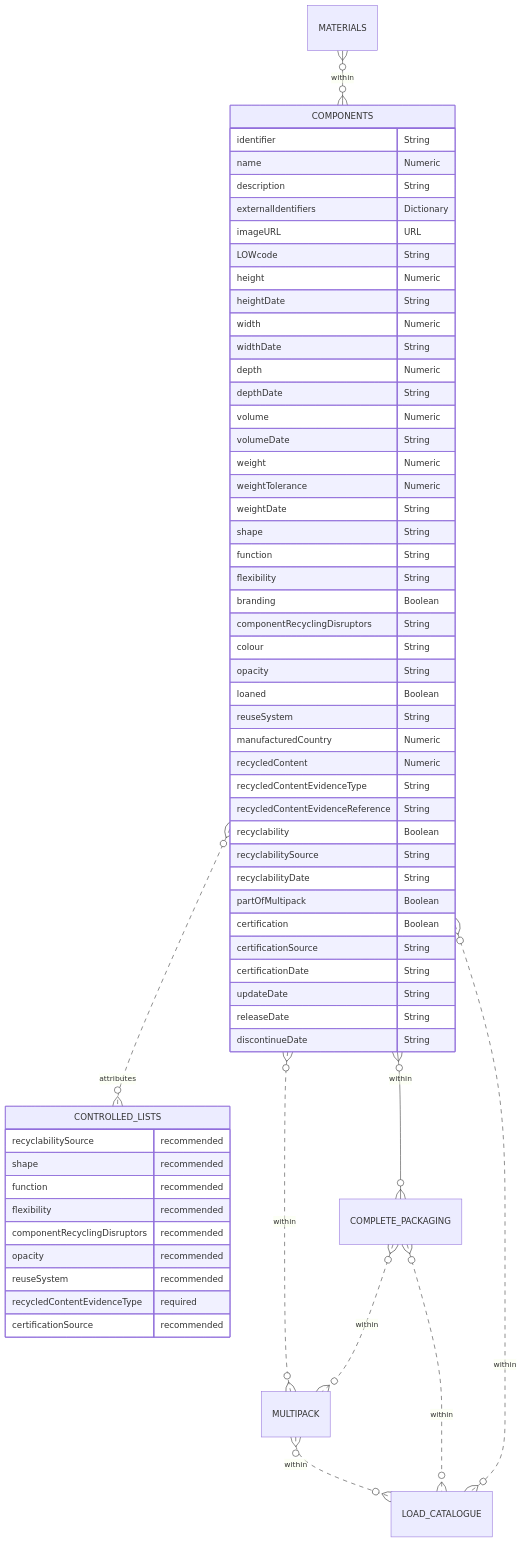
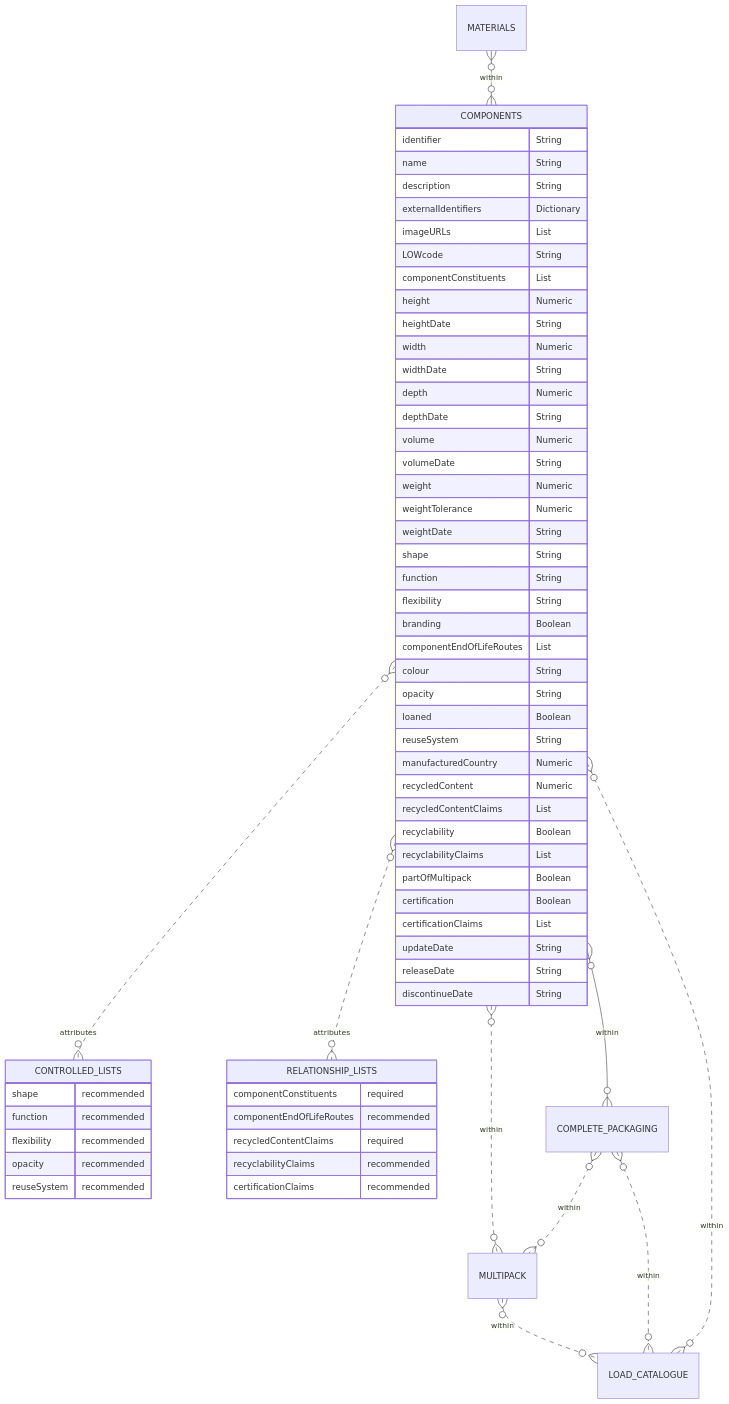
The diagram in docs/3_Data_Specification/3_3_Components.md (OpenDataManchester/Open3P), drawn with Mermaid before and after one commit. The commit also changed 2 other files, not shown here.

Commit message:
Improvements to components

````diff
--- a/docs/3_Data_Specification/3_3_Components.md
+++ b/docs/3_Data_Specification/3_3_Components.md
@@ -54,64 +54,66 @@
 ``` mermaid
 erDiagram
 MATERIALS }o--o{ COMPONENTS : within
   COMPONENTS {
     identifier String
-    name Numeric
+    name String
     description String
     externalIdentifiers Dictionary
-    imageURL URL
+    imageURLs List
     LOWcode String
+    componentConstituents List
     height Numeric
     heightDate String
     width Numeric
     widthDate String
     depth Numeric
     depthDate String
     volume Numeric
     volumeDate String
     weight Numeric
     weightTolerance Numeric
     weightDate String
     shape String
     function String
     flexibility String
     branding Boolean
-    componentRecyclingDisruptors String
+    componentEndOfLifeRoutes List
     colour String
     opacity String
     loaned Boolean
     reuseSystem String
     manufacturedCountry Numeric
     recycledContent Numeric
-    recycledContentEvidenceType String
-    recycledContentEvidenceReference String
+    recycledContentClaims List
     recyclability Boolean
-    recyclabilitySource String
-    recyclabilityDate String
+    recyclabilityClaims List
     partOfMultipack Boolean
     certification Boolean
-    certificationSource String
-    certificationDate String
+    certificationClaims List
     updateDate String
     releaseDate String
     discontinueDate String
   }
   COMPONENTS }o..o{ CONTROLLED_LISTS : attributes
+  COMPONENTS }o..o{ RELATIONSHIP_LISTS : attributes
   COMPONENTS }o--o{ COMPLETE_PACKAGING : within
   COMPONENTS }o..o{ MULTIPACK : within
   MULTIPACK }o..o{ LOAD_CATALOGUE : within
   COMPLETE_PACKAGING }o..o{ MULTIPACK : within
   COMPLETE_PACKAGING }o..o{ LOAD_CATALOGUE : within
   COMPONENTS }o..o{ LOAD_CATALOGUE : within
     CONTROLLED_LISTS {
-    recyclabilitySource recommended
     shape recommended
     function recommended
     flexibility recommended
-    componentRecyclingDisruptors recommended
     opacity recommended
     reuseSystem recommended
-    recycledContentEvidenceType required
-    certificationSource recommended
+  }
+  RELATIONSHIP_LISTS {
+    componentConstituents required
+    componentEndOfLifeRoutes recommended
+    recycledContentClaims required
+    recyclabilityClaims recommended
+    certificationClaims recommended
   }
 ```
````
